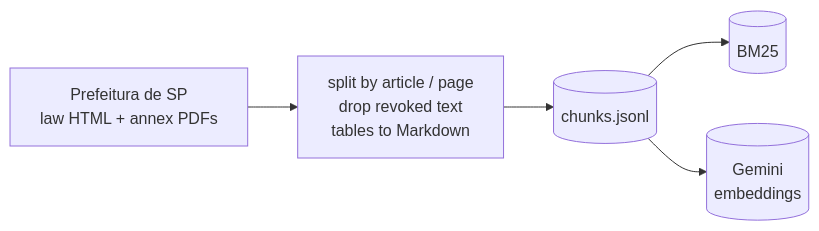
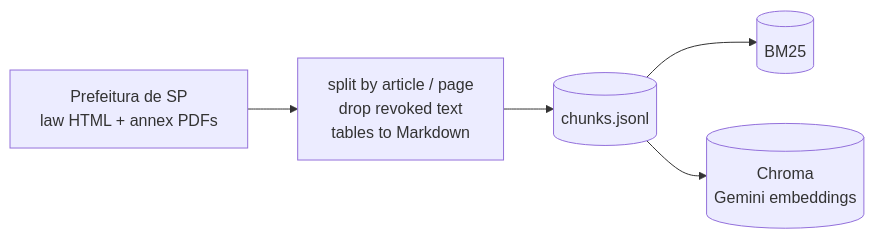
One commit to JuliaNazka/sp-building-code-agent changed the second of 3 diagrams in README.md. Above: the diagram before and after it, drawn with Mermaid. The commit also changed other lines of this file and 12 other files, not shown here.

````diff
--- a/README.md
+++ b/README.md
@@ -40,7 +41,7 @@
 ```mermaid
 flowchart LR
     A[Prefeitura de SP<br/>law HTML + annex PDFs] --> B[split by article / page<br/>drop revoked text<br/>tables to Markdown]
     B --> C[(chunks.jsonl)]
     C --> D[(BM25)]
-    C --> V[(Gemini<br/>embeddings)]
+    C --> V[(Chroma<br/>Gemini embeddings)]
 ```
````
